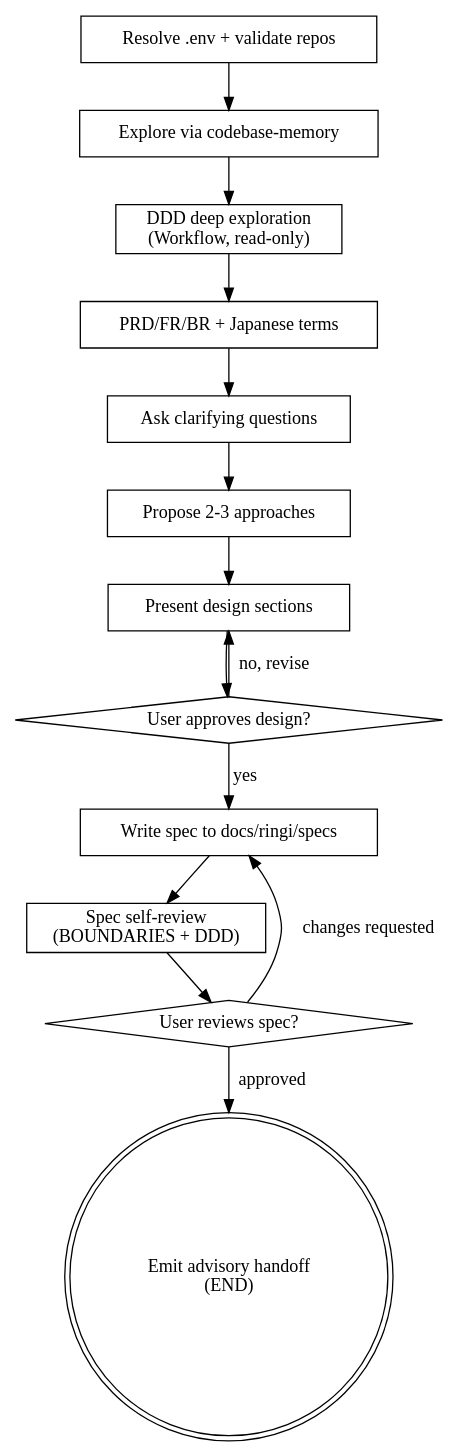
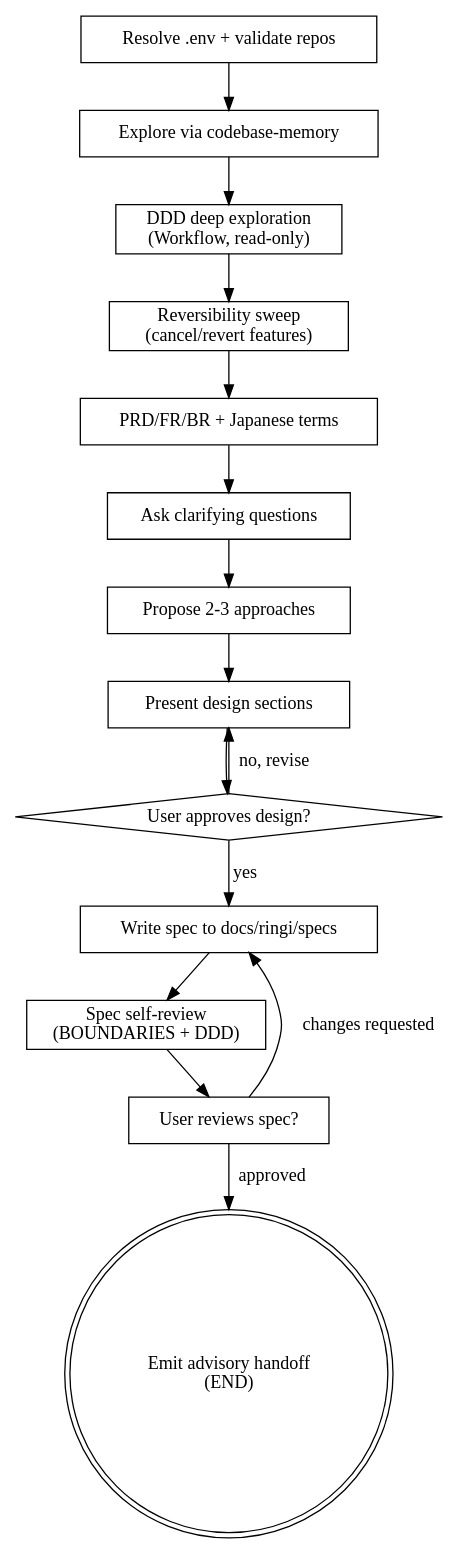
Before and after one commit to neuthos/ldx-monorepo: the diagram in .agents/skills/brainstorming/SKILL.md, drawn with Graphviz. The commit also changed other lines of this file and 1 other file, not shown here.

Commit message:
feat(brainstorming): mandatory reversibility sweep for cancel/revert features + spec inventory section

````diff
--- a/.agents/skills/brainstorming/SKILL.md
+++ b/.agents/skills/brainstorming/SKILL.md
@@ -73,30 +74,32 @@
 ```dot
 digraph brainstorming {
     "Resolve .env + validate repos" [shape=box];
     "Explore via codebase-memory" [shape=box];
     "DDD deep exploration\n(Workflow, read-only)" [shape=box];
+    "Reversibility sweep\n(cancel/revert features)" [shape=box];
     "PRD/FR/BR + Japanese terms" [shape=box];
     "Ask clarifying questions" [shape=box];
     "Propose 2-3 approaches" [shape=box];
     "Present design sections" [shape=box];
     "User approves design?" [shape=diamond];
     "Write spec to docs/ringi/specs" [shape=box];
     "Spec self-review\n(BOUNDARIES + DDD)" [shape=box];
-    "User reviews spec?" [shape=diamond];
+    "User reviews spec?" [shape=box];
     "Emit advisory handoff\n(END)" [shape=doublecircle];
 
     "Resolve .env + validate repos" -> "Explore via codebase-memory";
     "Explore via codebase-memory" -> "DDD deep exploration\n(Workflow, read-only)";
-    "DDD deep exploration\n(Workflow, read-only)" -> "PRD/FR/BR + Japanese terms";
+    "DDD deep exploration\n(Workflow, read-only)" -> "Reversibility sweep\n(cancel/revert features)";
+    "Reversibility sweep\n(cancel/revert features)" -> "PRD/FR/BR + Japanese terms";
     "PRD/FR/BR + Japanese terms" -> "Ask clarifying questions";
     "Ask clarifying questions" -> "Propose 2-3 approaches";
     "Propose 2-3 approaches" -> "Present design sections";
     "Present design sections" -> "User approves design?";
     "User approves design?" -> "Present design sections" [label="no, revise"];
     "User approves design?" -> "Write spec to docs/ringi/specs" [label="yes"];
     "Write spec to docs/ringi/specs" -> "Spec self-review\n(BOUNDARIES + DDD)";
     "Spec self-review\n(BOUNDARIES + DDD)" -> "User reviews spec?";
     "User reviews spec?" -> "Write spec to docs/ringi/specs" [label="changes requested"];
     "User reviews spec?" -> "Emit advisory handoff\n(END)" [label="approved"];
 }
 ```
````
